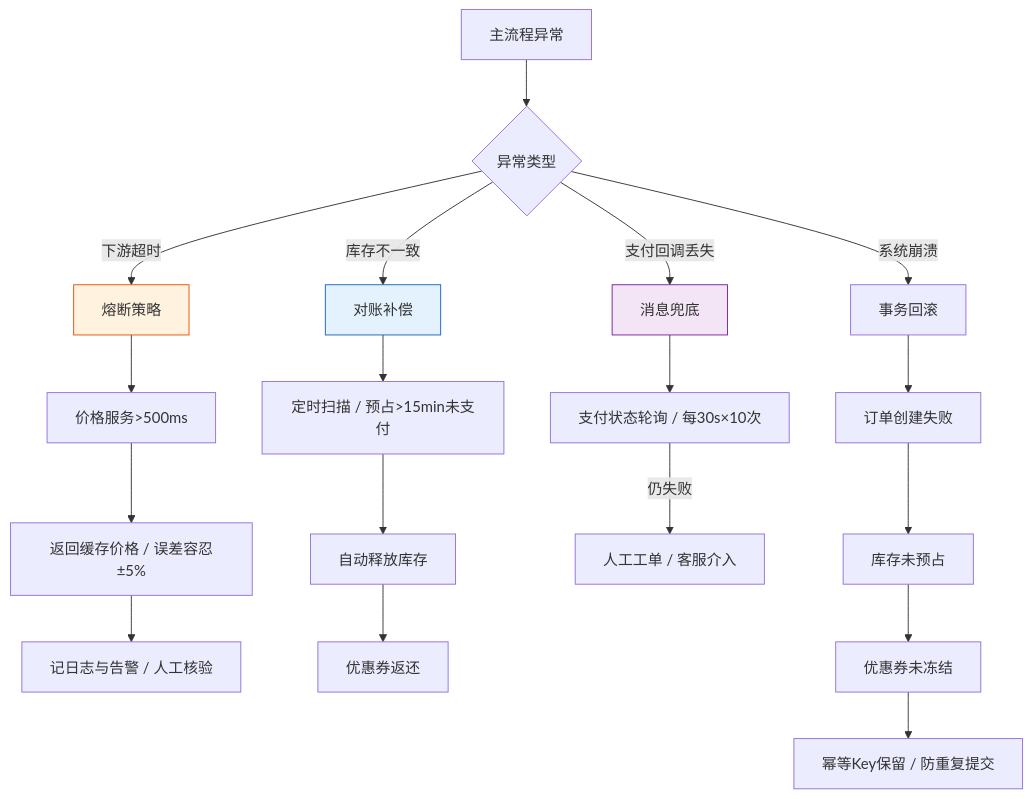
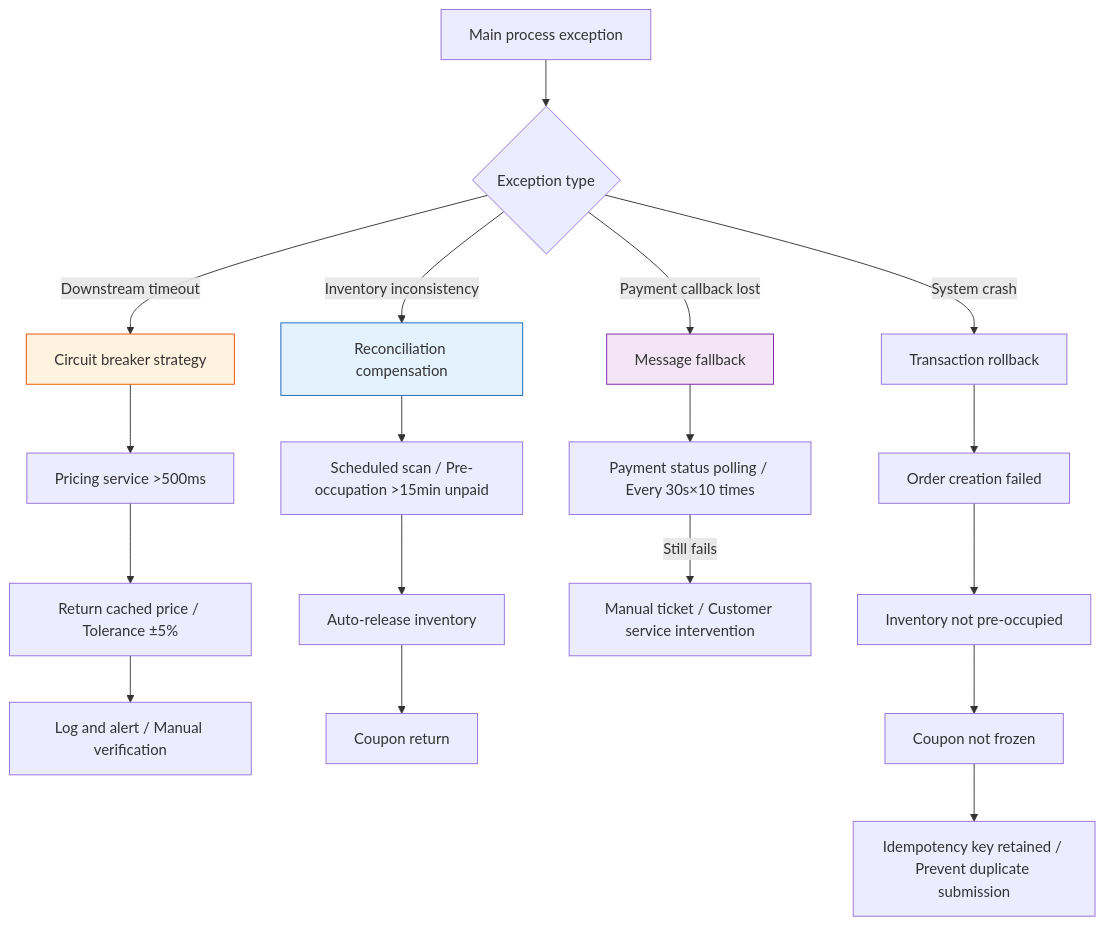
Before and after one commit to Kirky-X/cangjie: the seventh of 11 diagrams in templates/产品/产品层/【模板】功能需求文档.md, drawn with Mermaid. The commit also changed other lines of this file and 60 other files, not shown here.

````diff
--- a/templates/产品/产品层/【模板】功能需求文档.md
+++ b/templates/产品/产品层/【模板】功能需求文档.md
@@ -273,28 +273,28 @@
 ```mermaid
 flowchart TD
-    A[主流程异常] --> B{异常类型}
+    A[Main process exception] --> B{Exception type}
 
-    B -->|下游超时| C[熔断策略]
-    C --> C1[价格服务>500ms]
-    C1 --> C2[返回缓存价格 / 误差容忍±5%]
-    C2 --> C3[记日志与告警 / 人工核验]
+    B -->|Downstream timeout| C[Circuit breaker strategy]
+    C --> C1[Pricing service >500ms]
+    C1 --> C2[Return cached price / Tolerance ±5%]
+    C2 --> C3[Log and alert / Manual verification]
 
-    B -->|库存不一致| D[对账补偿]
-    D --> D1[定时扫描 / 预占>15min未支付]
-    D1 --> D2[自动释放库存]
-    D2 --> D3[优惠券返还]
+    B -->|Inventory inconsistency| D[Reconciliation compensation]
+    D --> D1[Scheduled scan / Pre-occupation >15min unpaid]
+    D1 --> D2[Auto-release inventory]
+    D2 --> D3[Coupon return]
 
-    B -->|支付回调丢失| E[消息兜底]
-    E --> E1[支付状态轮询 / 每30s×10次]
-    E1 -->|仍失败| E2[人工工单 / 客服介入]
+    B -->|Payment callback lost| E[Message fallback]
+    E --> E1[Payment status polling / Every 30s×10 times]
+    E1 -->|Still fails| E2[Manual ticket / Customer service intervention]
 
-    B -->|系统崩溃| F[事务回滚]
-    F --> F1[订单创建失败]
-    F1 --> F2[库存未预占]
-    F2 --> F3[优惠券未冻结]
-    F3 --> F4[幂等Key保留 / 防重复提交]
+    B -->|System crash| F[Transaction rollback]
+    F --> F1[Order creation failed]
+    F1 --> F2[Inventory not pre-occupied]
+    F2 --> F3[Coupon not frozen]
+    F3 --> F4[Idempotency key retained / Prevent duplicate submission]
 
     style C fill:#fff3e0,stroke:#e65100
     style D fill:#e3f2fd,stroke:#1565c0
     style E fill:#f3e5f5,stroke:#7b1fa2
 ```
````
